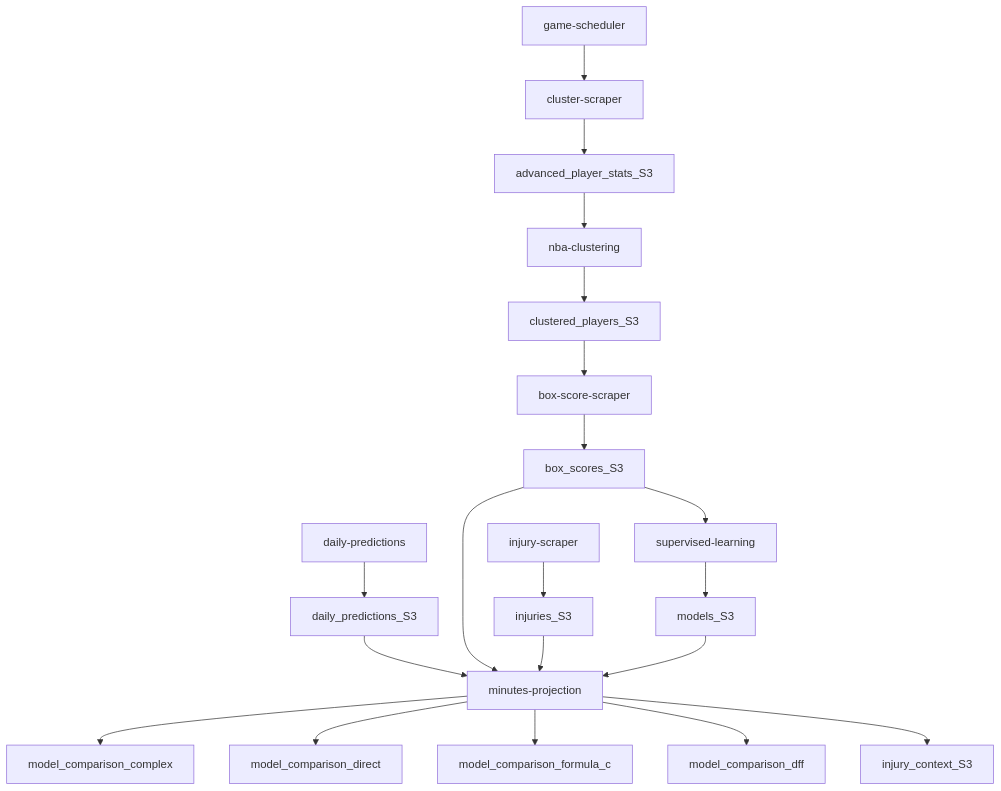
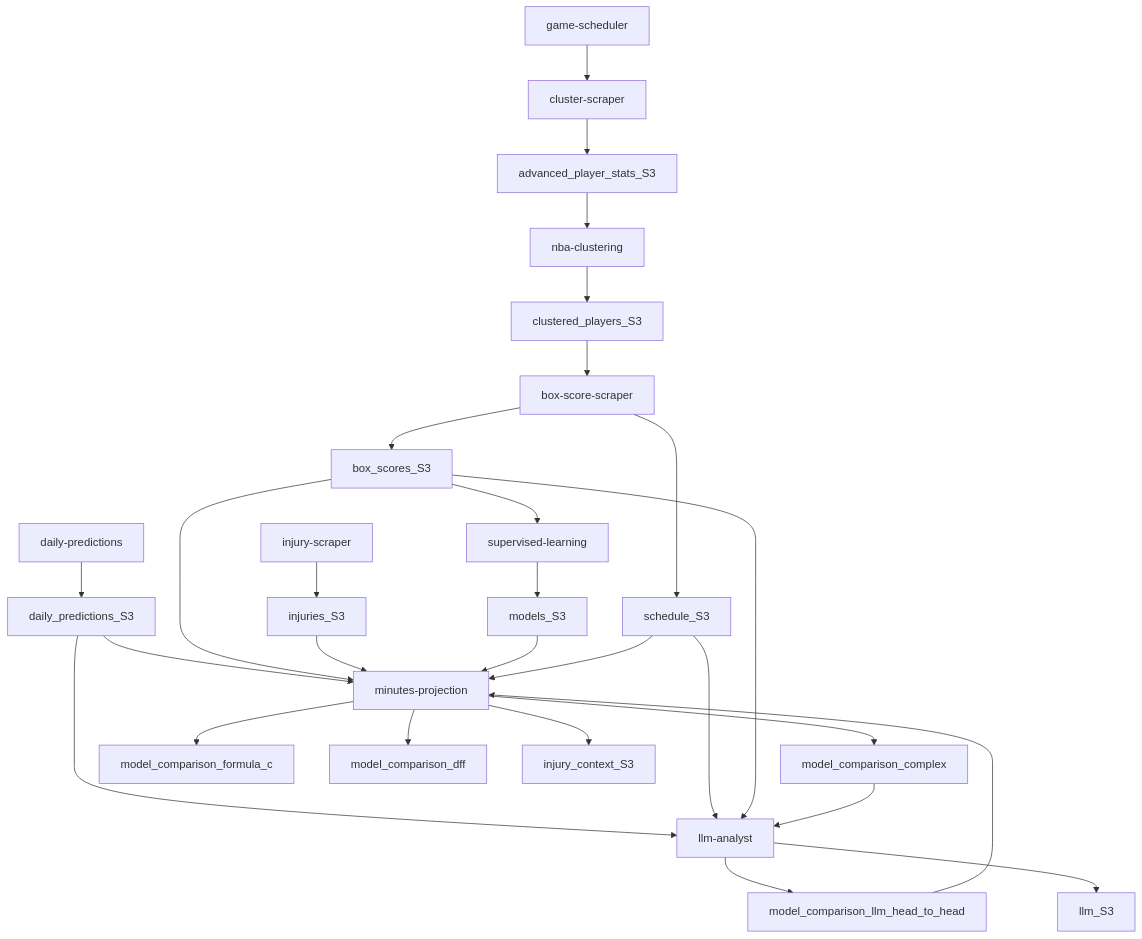
One commit to ibracken/NBA_Machine_Learning changed the diagram in documentation/ProjectOverview.md. Above: the diagram before and after it, drawn with Mermaid. The commit also changed other lines of this file and 28 other files, not shown here.

First line of the commit message:
Add llm-analyst (L1-L4), early-season pause, and serving fixes

````diff
--- a/documentation/ProjectOverview.md
+++ b/documentation/ProjectOverview.md
@@ -61,24 +69,34 @@
 ```mermaid
 graph TD;
     game-scheduler-->cluster-scraper;
     cluster-scraper-->advanced_player_stats_S3;
     advanced_player_stats_S3-->nba-clustering;
     nba-clustering-->clustered_players_S3;
     box-score-scraper-->box_scores_S3;
     clustered_players_S3-->box-score-scraper;
     box_scores_S3-->supervised-learning;
     supervised-learning-->models_S3;
     daily-predictions-->daily_predictions_S3;
     injury-scraper-->injuries_S3;
 
     daily_predictions_S3-->minutes-projection;
     box_scores_S3-->minutes-projection;
     injuries_S3-->minutes-projection;
     models_S3-->minutes-projection;
 
+    box-score-scraper-->schedule_S3;
+    schedule_S3-->minutes-projection;
+
     minutes-projection-->model_comparison_complex;
-    minutes-projection-->model_comparison_direct;
     minutes-projection-->model_comparison_formula_c;
     minutes-projection-->model_comparison_dff;
     minutes-projection-->injury_context_S3;
+
+    daily_predictions_S3-->llm-analyst;
+    schedule_S3-->llm-analyst;
+    box_scores_S3-->llm-analyst;
+    llm-analyst-->model_comparison_llm_head_to_head;
+    model_comparison_llm_head_to_head-->minutes-projection;
+    model_comparison_complex-->llm-analyst;
+    llm-analyst-->llm_S3;
 ```
````
